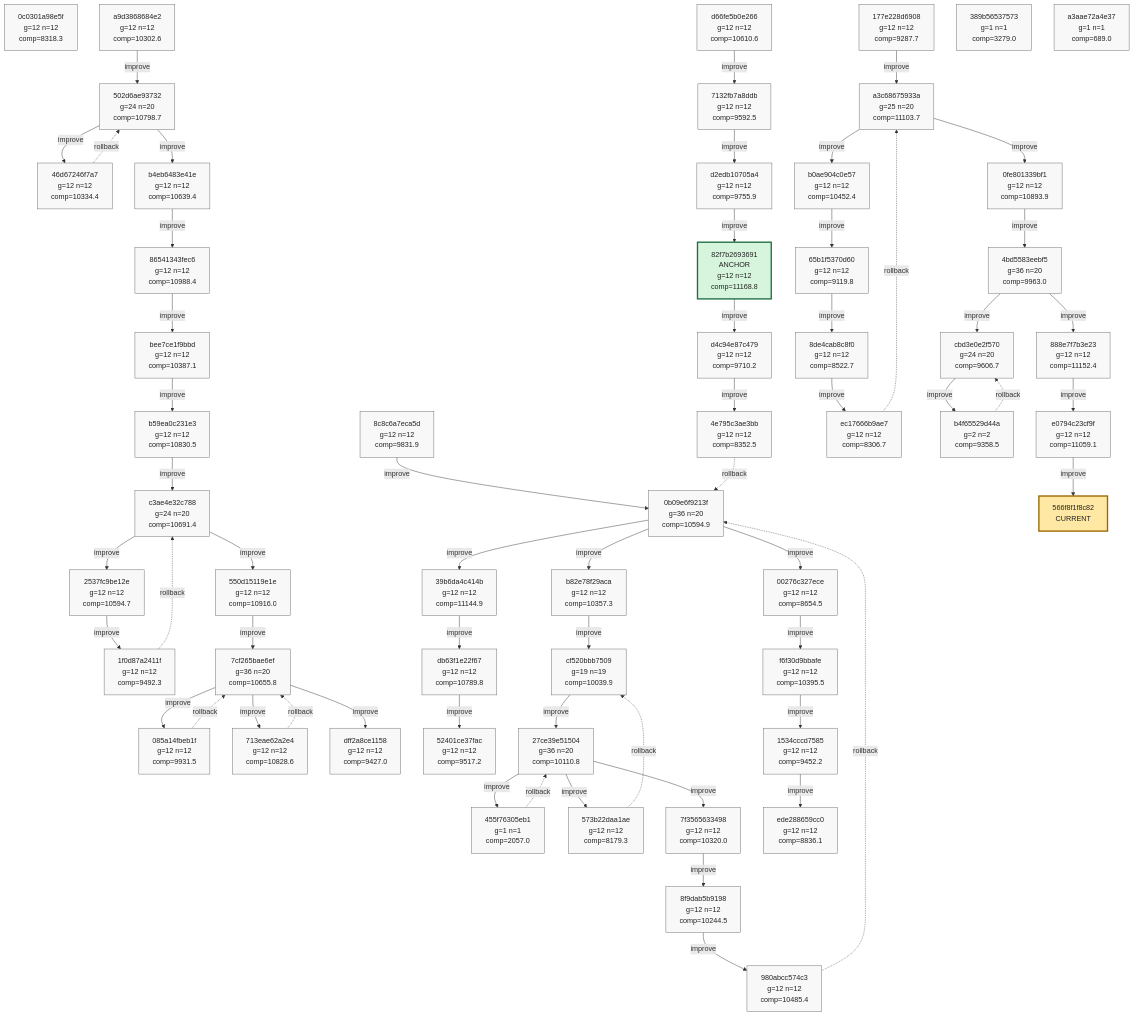
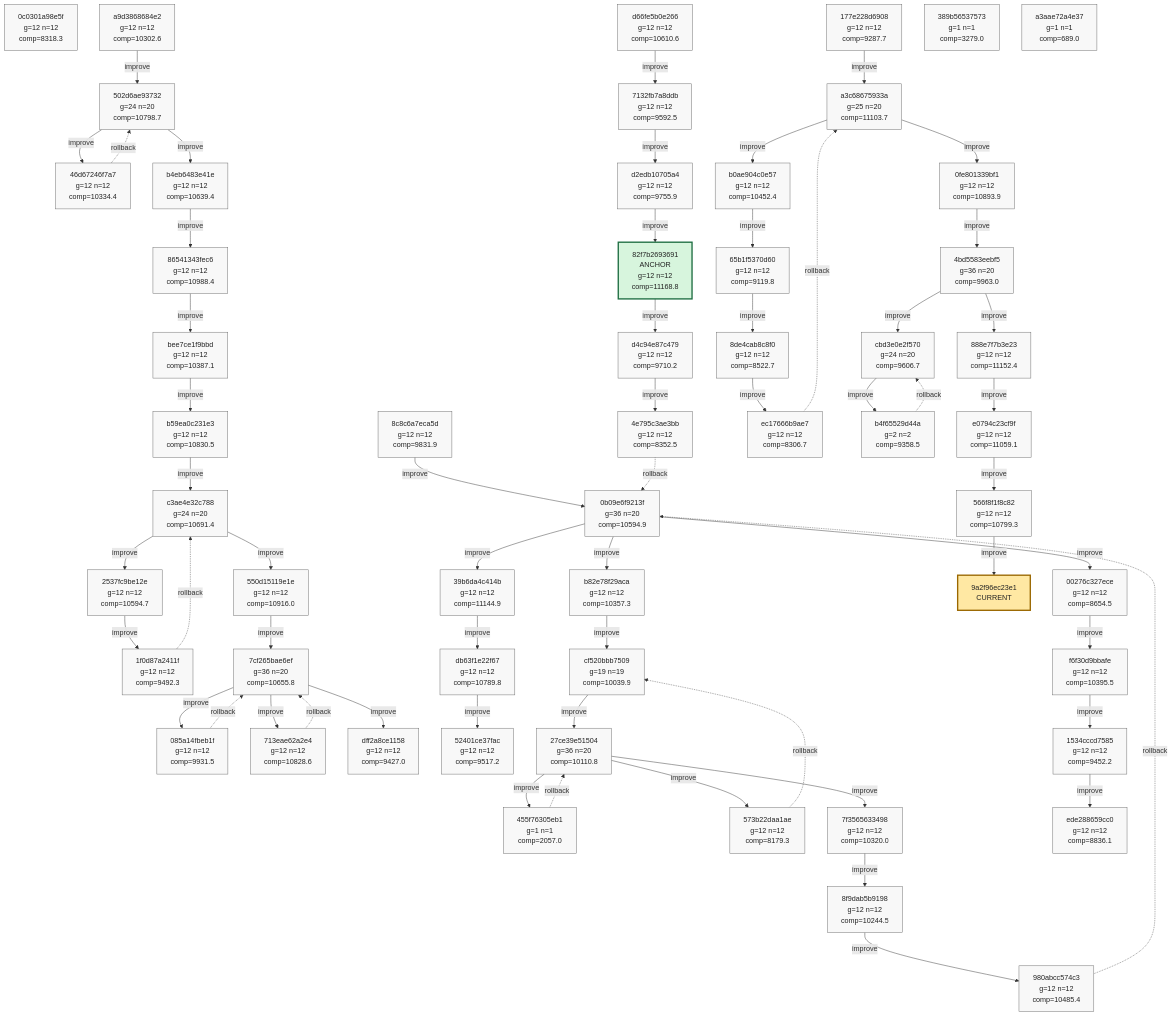
Before and after one commit to azumag/soviet_now: the tenth of 10 diagrams in phyrogenetic-tree.md, drawn with Mermaid. The commit also changed other lines of this file and 2 other files, not shown here.

Commit message:
eloop Improve after 12 games (scores: 16865 12542 7829 11245 12181 10805 9876 13651 7633 15936 11385 9943)

````diff
--- a/phyrogenetic-tree.md
+++ b/phyrogenetic-tree.md
@@ -2580,9 +2581,10 @@
     h_b4f65529d44a["b4f65529d44a<br/>g=2 n=2<br/>comp=9358.5"]
     h_888e7f7b3e23["888e7f7b3e23<br/>g=12 n=12<br/>comp=11152.4"]
     h_e0794c23cf9f["e0794c23cf9f<br/>g=12 n=12<br/>comp=11059.1"]
+    h_566f8f1f8c82["566f8f1f8c82<br/>g=12 n=12<br/>comp=10799.3"]
     h_389b56537573["389b56537573<br/>g=1 n=1<br/>comp=3279.0"]
     h_a3aae72a4e37["a3aae72a4e37<br/>g=1 n=1<br/>comp=689.0"]
-    h_566f8f1f8c82["566f8f1f8c82<br/>CURRENT"]
+    h_9a2f96ec23e1["9a2f96ec23e1<br/>CURRENT"]
 
     h_a9d3868684e2 -->|improve| h_502d6ae93732
     h_502d6ae93732 -->|improve| h_46d67246f7a7
@@ -2641,6 +2643,7 @@
     h_4bd5583eebf5 -->|improve| h_888e7f7b3e23
     h_888e7f7b3e23 -->|improve| h_e0794c23cf9f
     h_e0794c23cf9f -->|improve| h_566f8f1f8c82
+    h_566f8f1f8c82 -->|improve| h_9a2f96ec23e1
 
     classDef plain fill:#f8f8f8,stroke:#666,stroke-width:1px,color:#222;
     classDef current fill:#ffe8a3,stroke:#9a6700,stroke-width:3px,color:#222;
@@ -2698,7 +2701,8 @@
     class h_b4f65529d44a plain;
     class h_888e7f7b3e23 plain;
     class h_e0794c23cf9f plain;
+    class h_566f8f1f8c82 plain;
     class h_389b56537573 plain;
     class h_a3aae72a4e37 plain;
-    class h_566f8f1f8c82 current;
+    class h_9a2f96ec23e1 current;
 ```
````
